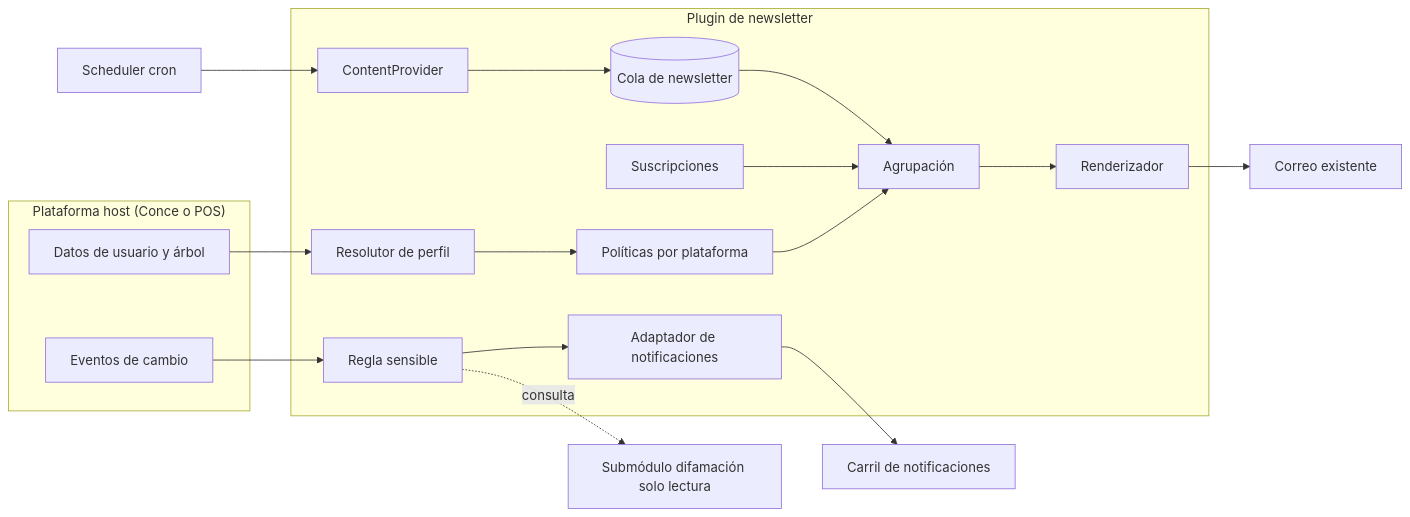
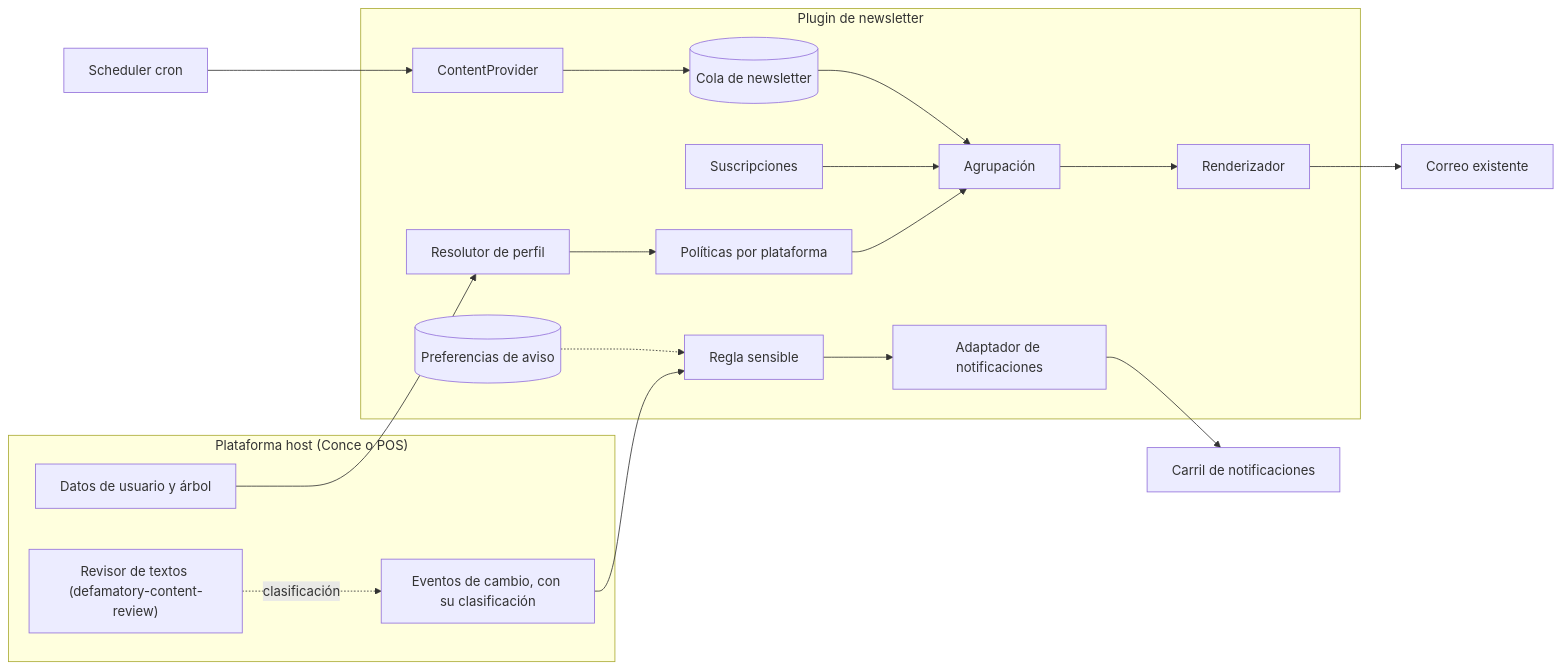
Before and after one commit to lol-protocol/php: the first of 4 diagrams in newsletter-plugin/docs/03-arquitectura.md, drawn with Mermaid. The commit also changed other lines of this file and 12 other files, not shown here.

````diff
--- a/newsletter-plugin/docs/03-arquitectura.md
+++ b/newsletter-plugin/docs/03-arquitectura.md
@@ -17,30 +17,32 @@
 ```mermaid
 flowchart LR
   subgraph Host["Plataforma host (Conce o POS)"]
     DU["Datos de usuario y árbol"]
-    EV["Eventos de cambio"]
+    REV["Revisor de textos (defamatory-content-review)"]
+    EV["Eventos de cambio, con su clasificación"]
   end
   subgraph Plugin["Plugin de newsletter"]
     SUB["Suscripciones"]
     PERF["Resolutor de perfil"]
     POL["Políticas por plataforma"]
     PROV["ContentProvider"]
     Q[("Cola de newsletter")]
     AGR["Agrupación"]
     REN["Renderizador"]
     SENS["Regla sensible"]
+    PREF[("Preferencias de aviso")]
     NA["Adaptador de notificaciones"]
   end
   CRON["Scheduler cron"]
   MAIL["Correo existente"]
   NOTIF["Carril de notificaciones"]
-  DEF["Submódulo difamación solo lectura"]
 
   DU --> PERF --> POL --> AGR
   CRON --> PROV --> Q
   SUB --> AGR
   Q --> AGR --> REN --> MAIL
+  REV -.clasificación.-> EV
   EV --> SENS
-  SENS -.consulta.-> DEF
+  PREF -.-> SENS
   SENS --> NA --> NOTIF
 ```
````
